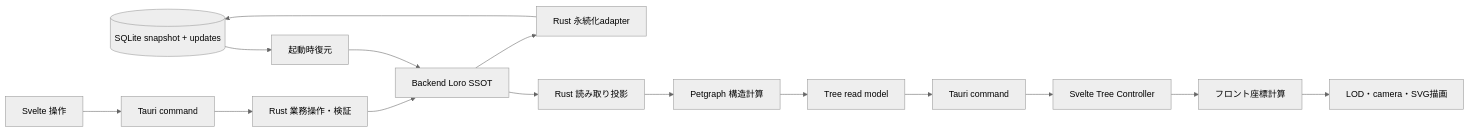
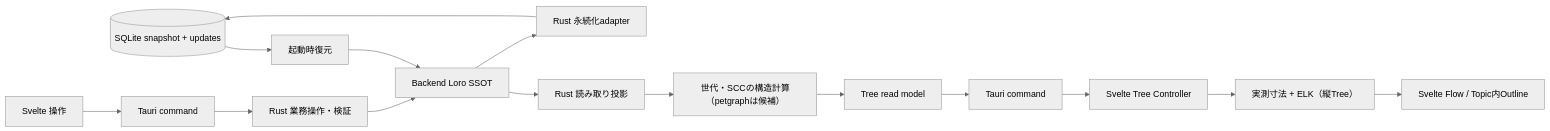
Before and after one commit to asadaame5121/Radiora: the first of 2 diagrams in docs/design/tauri-migration-plan.md, drawn with Mermaid (neutral theme). The commit also changed other lines of this file and 13 other files, not shown here.

````diff
--- a/docs/design/tauri-migration-plan.md
+++ b/docs/design/tauri-migration-plan.md
@@ -52,17 +81,17 @@
 ```mermaid
 flowchart LR
     DB[("SQLite snapshot + updates")] --> Restore["起動時復元"]
     Restore --> Doc["Backend Loro SSOT"]
     Doc --> Read[Rust 読み取り投影]
-    Read --> Graph[Petgraph 構造計算]
+    Read --> Graph["世代・SCCの構造計算（petgraphは候補）"]
     Graph --> DTO[Tree read model]
     DTO --> IPC[Tauri command]
     IPC --> Owner[Svelte Tree Controller]
-    Owner --> Layout[フロント座標計算]
-    Layout --> Display[LOD・camera・SVG描画]
+    Owner --> Layout["実測寸法 + ELK（縦Tree）"]
+    Layout --> Display["Svelte Flow / Topic内Outline"]
     UI[Svelte 操作] --> Cmd[Tauri command]
     Cmd --> Domain[Rust 業務操作・検証]
     Domain --> Doc
     Doc --> Persist["Rust 永続化adapter"]
     Persist --> DB
 ```
````
